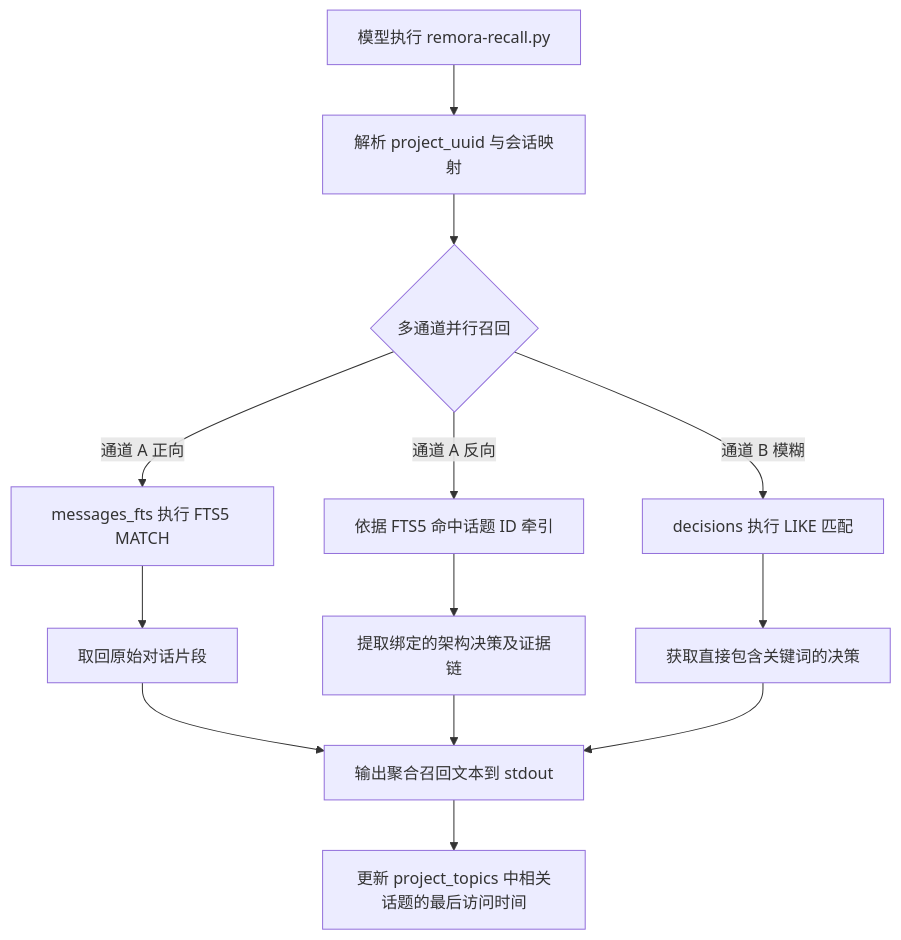
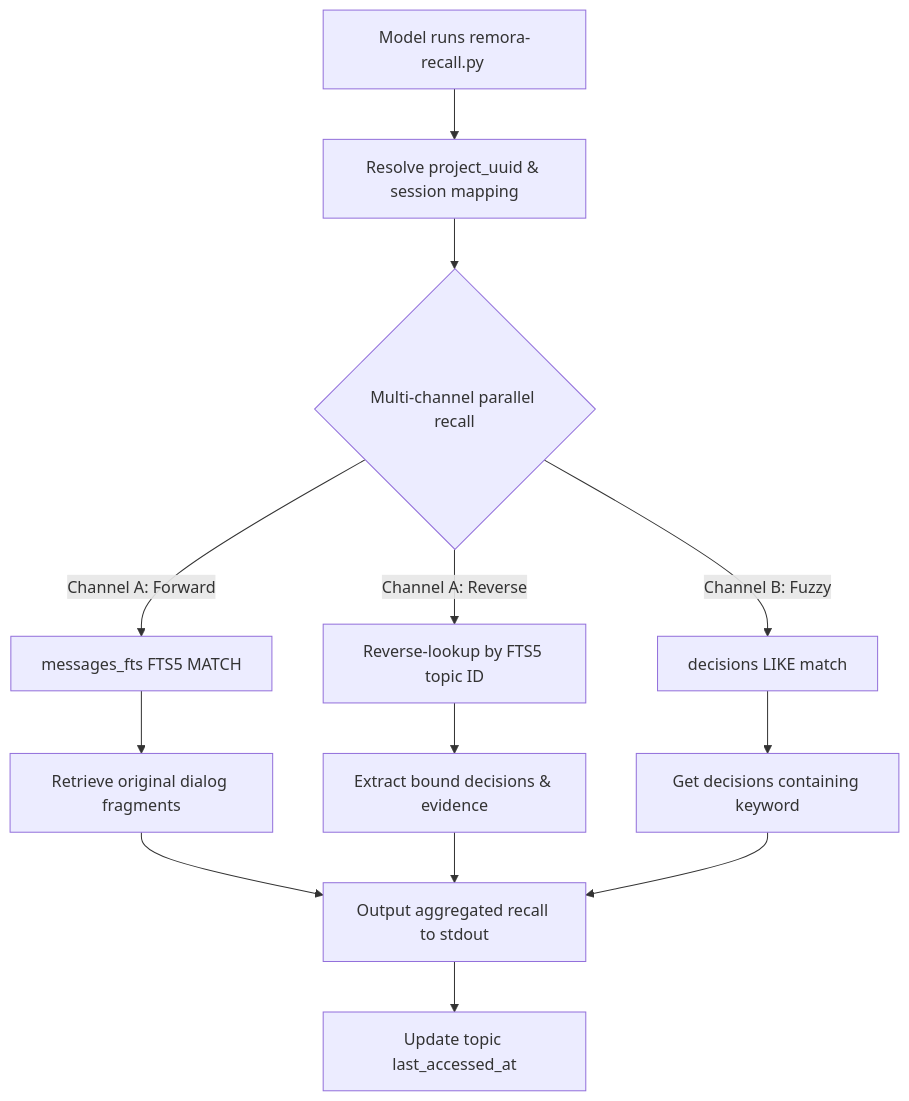
The eighth of 11 diagrams in docs/business_flows.md (pseudoming/remora-plugin), drawn with Mermaid before and after one commit. The commit also changed other lines of this file and 10 other files, not shown here.

````diff
--- a/docs/business_flows.md
+++ b/docs/business_flows.md
@@ -332,17 +334,17 @@
 ```mermaid
 flowchart TD
-    A[模型执行 remora-recall.py <keyword>] --> B[解析 project_uuid 与会话映射]
-    B --> C{多通道并行召回}
+    A[Model runs remora-recall.py <keyword>] --> B[Resolve project_uuid & session mapping]
+    B --> C{Multi-channel parallel recall}
     
-    C -->|通道 A 正向| D[messages_fts 执行 FTS5 MATCH]
-    D --> E[取回原始对话片段]
+    C -->|Channel A: Forward| D[messages_fts FTS5 MATCH]
+    D --> E[Retrieve original dialog fragments]
     
-    C -->|通道 A 反向| F[依据 FTS5 命中话题 ID 牵引]
-    F --> G[提取绑定的架构决策及证据链]
+    C -->|Channel A: Reverse| F[Reverse-lookup by FTS5 topic ID]
+    F --> G[Extract bound decisions & evidence]
     
-    C -->|通道 B 模糊| H[decisions 执行 LIKE 匹配]
-    H --> I[获取直接包含关键词的决策]
+    C -->|Channel B: Fuzzy| H[decisions LIKE match]
+    H --> I[Get decisions containing keyword]
     
-    E & G & I --> J[输出聚合召回文本到 stdout]
-    J --> K[更新 project_topics 中相关话题的最后访问时间]
+    E & G & I --> J[Output aggregated recall to stdout]
+    J --> K[Update topic last_accessed_at]
 ```
````
